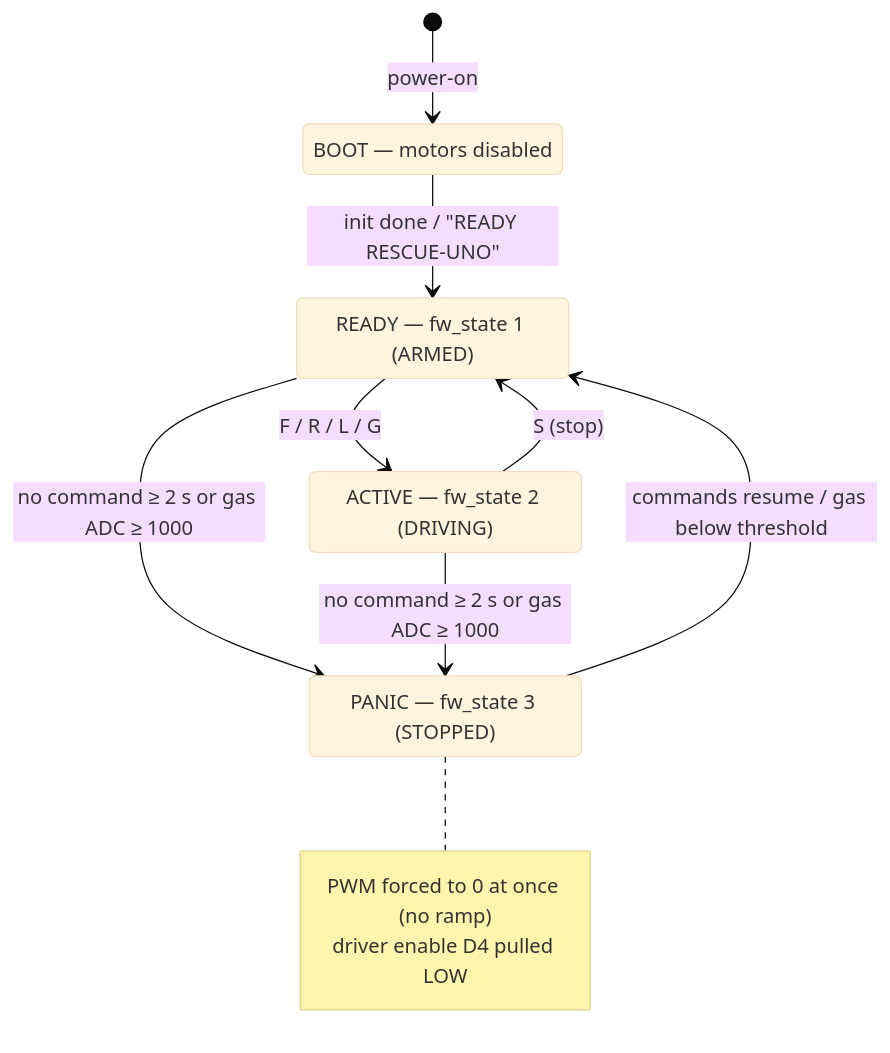
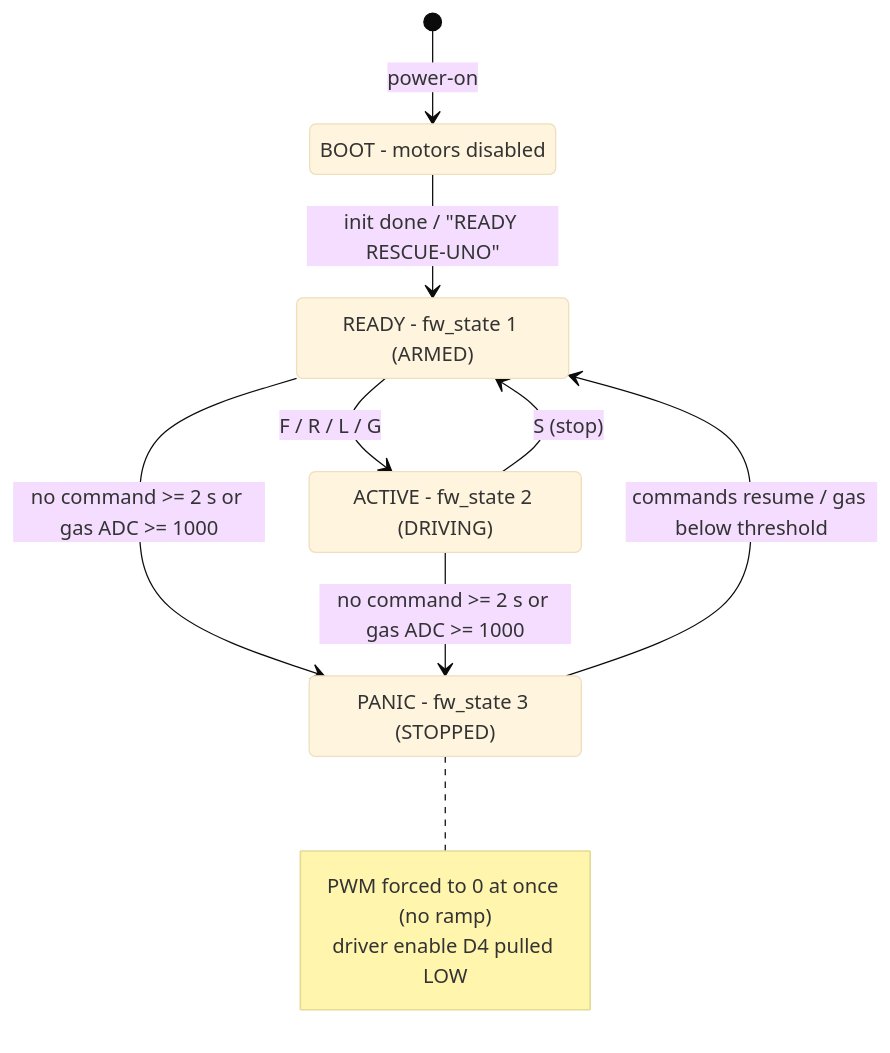
The seventh of 14 diagrams in research paper/methodology_diagrams.md (baiust999/robort-code-from-pi), drawn with Mermaid (base theme) before and after one commit. The commit also changed other lines of this file and 4 other files, not shown here.

````diff
--- a/research paper/methodology_diagrams.md
+++ b/research paper/methodology_diagrams.md
@@ -257,19 +257,19 @@
 ```mermaid
 stateDiagram-v2
     [*] --> BOOT: power-on
     BOOT --> READY: init done / "READY RESCUE-UNO"
     READY --> ACTIVE: F / R / L / G
     ACTIVE --> READY: S (stop)
-    READY --> PANIC: no command ≥ 2 s or gas ADC ≥ 1000
-    ACTIVE --> PANIC: no command ≥ 2 s or gas ADC ≥ 1000
+    READY --> PANIC: no command >= 2 s or gas ADC >= 1000
+    ACTIVE --> PANIC: no command >= 2 s or gas ADC >= 1000
     PANIC --> READY: commands resume / gas below threshold
 
-    BOOT: BOOT — motors disabled
-    READY: READY — fw_state 1 (ARMED)
-    ACTIVE: ACTIVE — fw_state 2 (DRIVING)
-    PANIC: PANIC — fw_state 3 (STOPPED)
+    BOOT: BOOT - motors disabled
+    READY: READY - fw_state 1 (ARMED)
+    ACTIVE: ACTIVE - fw_state 2 (DRIVING)
+    PANIC: PANIC - fw_state 3 (STOPPED)
     note right of PANIC
         PWM forced to 0 at once (no ramp)
         driver enable D4 pulled LOW
     end note
 ```
````
